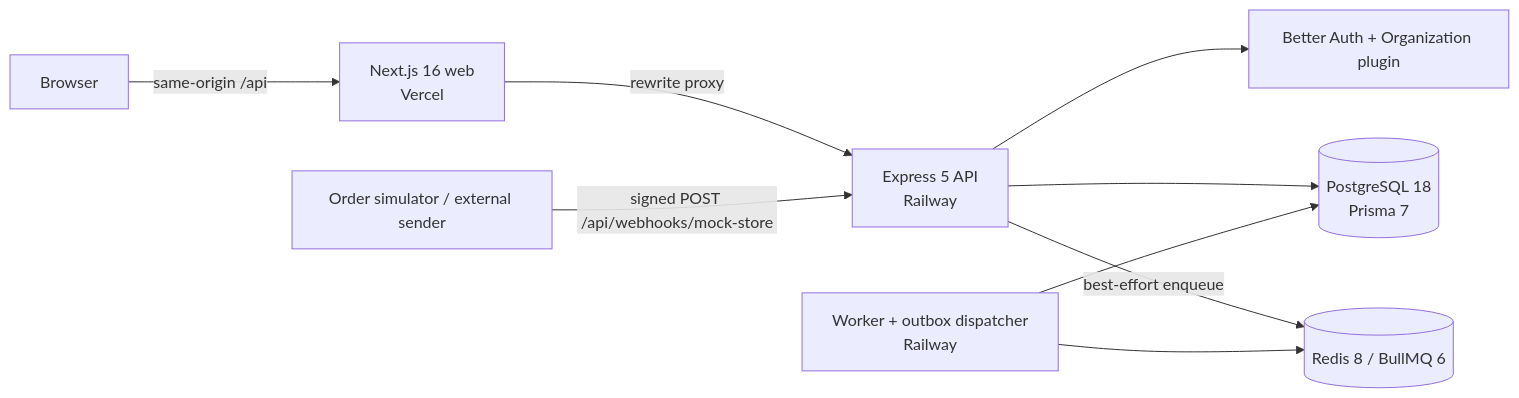
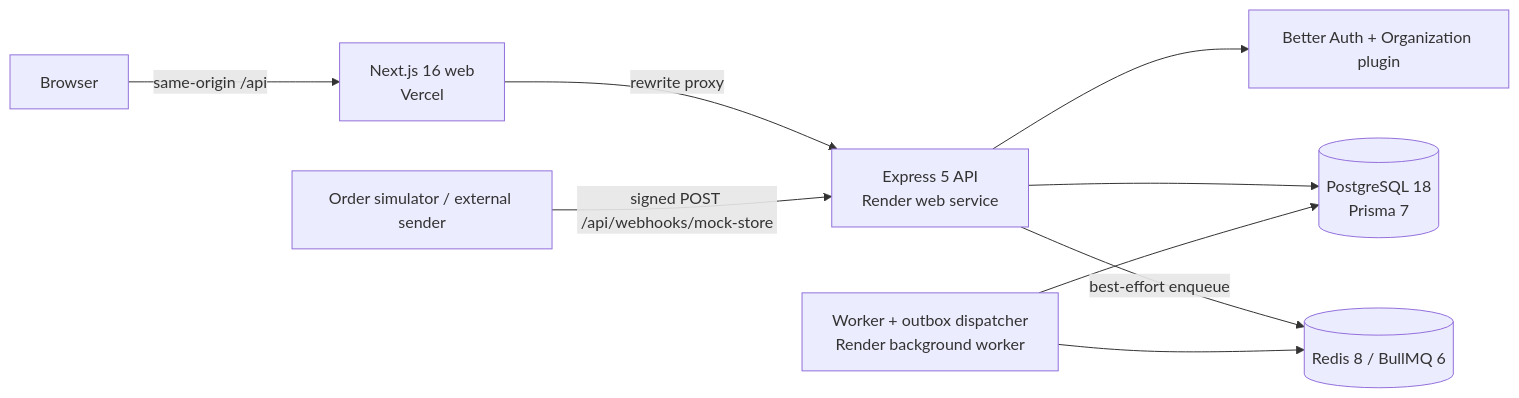
The diagram in README.md (shariardipto/Fleqo), drawn with Mermaid before and after one commit. The commit also changed other lines of this file and 23 other files, not shown here.

Commit message:
chore: remove Railway config and verify Render deployment

````diff
--- a/README.md
+++ b/README.md
@@ -42,11 +42,11 @@
 ```mermaid
 flowchart LR
   B[Browser] -->|same-origin /api| W[Next.js 16 web<br/>Vercel]
-  W -->|rewrite proxy| A[Express 5 API<br/>Railway]
+  W -->|rewrite proxy| A[Express 5 API<br/>Render web service]
   A --> AUTH[Better Auth + Organization plugin]
   A --> P[(PostgreSQL 18<br/>Prisma 7)]
   A -->|best-effort enqueue| Q[(Redis 8 / BullMQ 6)]
-  WK[Worker + outbox dispatcher<br/>Railway] --> Q
+  WK[Worker + outbox dispatcher<br/>Render background worker] --> Q
   WK --> P
   SIM[Order simulator / external sender] -->|signed POST /api/webhooks/mock-store| A
 ```
````
